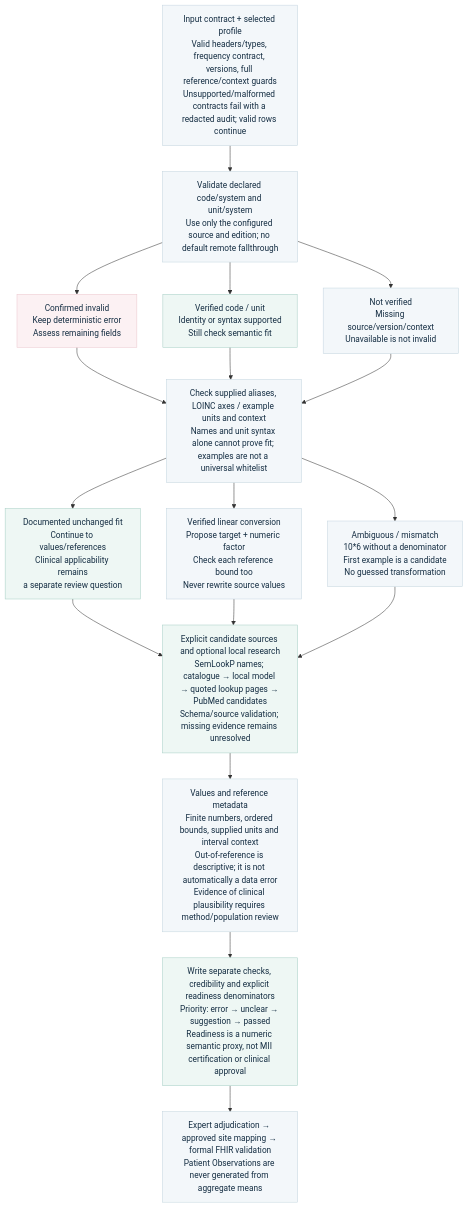
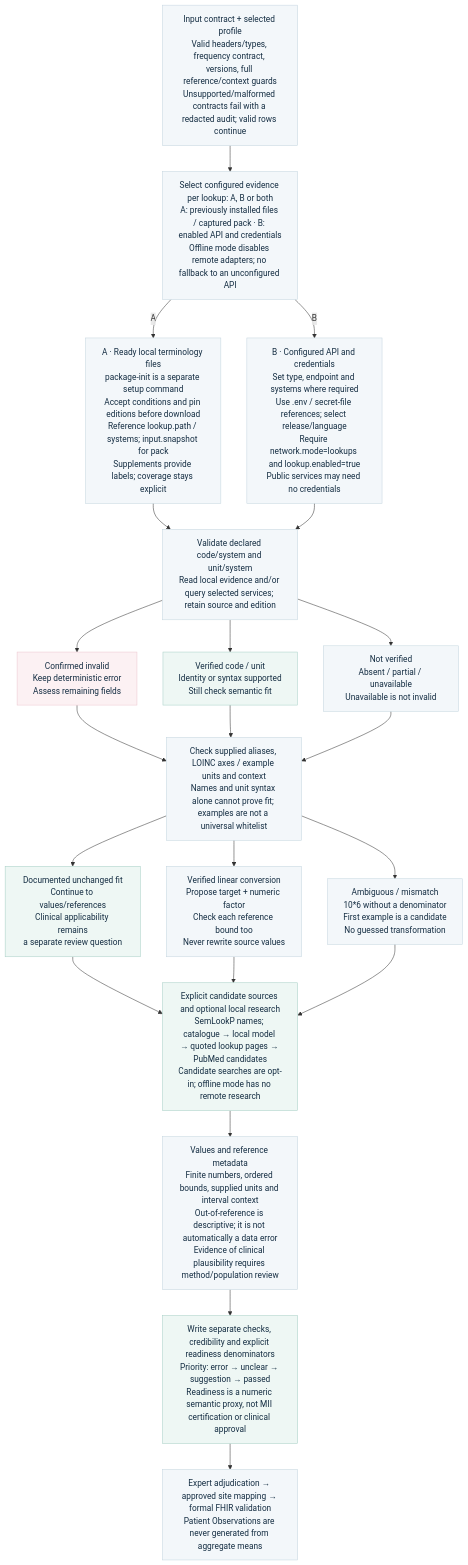
The diagram in docs/decision-flow.mmd (neumdan/semantic-plausibility), drawn with Mermaid before and after one commit. The commit also changed 9 other files, not shown here.

Commit message:
Document local terminology and API routes with retest workflow

```diff
--- a/docs/decision-flow.mmd
+++ b/docs/decision-flow.mmd
@@ -1,37 +1,44 @@
 %% Same node/edge contract as decision-flow.svg.
 flowchart TD
     INPUT["Input contract + selected profile<br/>Valid headers/types, frequency contract, versions, full reference/context guards<br/>Unsupported/malformed contracts fail with a redacted audit; valid rows continue"]
-    LOOKUP["Validate declared code/system and unit/system<br/>Use only the configured source and edition; no default remote fallthrough"]
+    SOURCE["Select configured evidence per lookup: A, B or both<br/>A: previously installed files / captured pack · B: enabled API and credentials<br/>Offline mode disables remote adapters; no fallback to an unconfigured API"]
+    LOCAL["A · Ready local terminology files<br/>package-init is a separate setup command<br/>Accept conditions and pin editions before download<br/>Reference lookup.path / systems; input.snapshot for pack<br/>Supplements provide labels; coverage stays explicit"]
+    API["B · Configured API and credentials<br/>Set type, endpoint and systems where required<br/>Use .env / secret-file references; select release/language<br/>Require network.mode=lookups and lookup.enabled=true<br/>Public services may need no credentials"]
+    LOOKUP["Validate declared code/system and unit/system<br/>Read local evidence and/or query selected services; retain source and edition"]
     INVALID["Confirmed invalid<br/>Keep deterministic error<br/>Assess remaining fields"]
     KNOWN["Verified code / unit<br/>Identity or syntax supported<br/>Still check semantic fit"]
-    UNKNOWN["Not verified<br/>Missing source/version/context<br/>Unavailable is not invalid"]
+    UNKNOWN["Not verified<br/>Absent / partial / unavailable<br/>Unavailable is not invalid"]
     FIT["Check supplied aliases, LOINC axes / example units and context<br/>Names and unit syntax alone cannot prove fit; examples are not a universal whitelist"]
     MATCH["Documented unchanged fit<br/>Continue to values/references<br/>Clinical applicability remains<br/>a separate review question"]
     CONVERT["Verified linear conversion<br/>Propose target + numeric factor<br/>Check each reference bound too<br/>Never rewrite source values"]
     AMBIG["Ambiguous / mismatch<br/>10*6 without a denominator<br/>First example is a candidate<br/>No guessed transformation"]
-    RESEARCH["Explicit candidate sources and optional local research<br/>SemLookP names; catalogue → local model → quoted lookup pages → PubMed candidates<br/>Schema/source validation; missing evidence remains unresolved"]
+    RESEARCH["Explicit candidate sources and optional local research<br/>SemLookP names; catalogue → local model → quoted lookup pages → PubMed candidates<br/>Candidate searches are opt-in; offline mode has no remote research"]
     NUMERIC["Values and reference metadata<br/>Finite numbers, ordered bounds, supplied units and interval context<br/>Out-of-reference is descriptive; it is not automatically a data error<br/>Evidence of clinical plausibility requires method/population review"]
     OUTPUT["Write separate checks, credibility and explicit readiness denominators<br/>Priority: error → unclear → suggestion → passed<br/>Readiness is a numeric semantic proxy, not MII certification or clinical approval"]
     REVIEW["Expert adjudication → approved site mapping → formal FHIR validation<br/>Patient Observations are never generated from aggregate means"]
-    INPUT --> LOOKUP
+    INPUT --> SOURCE
+    SOURCE --> |"A"| LOCAL
+    SOURCE --> |"B"| API
+    LOCAL --> LOOKUP
+    API --> LOOKUP
     LOOKUP --> INVALID
     LOOKUP --> KNOWN
     LOOKUP --> UNKNOWN
     INVALID --> FIT
     KNOWN --> FIT
     UNKNOWN --> FIT
     FIT --> MATCH
     FIT --> CONVERT
     FIT --> AMBIG
     MATCH --> RESEARCH
     CONVERT --> RESEARCH
     AMBIG --> RESEARCH
     RESEARCH --> NUMERIC
     NUMERIC --> OUTPUT
     OUTPUT --> REVIEW
     classDef normal fill:#f3f7fa,stroke:#c4d5df,color:#142d42
-    class INPUT,LOOKUP,UNKNOWN,FIT,CONVERT,AMBIG,NUMERIC,REVIEW normal
+    class INPUT,SOURCE,LOCAL,API,LOOKUP,UNKNOWN,FIT,CONVERT,AMBIG,NUMERIC,REVIEW normal
     classDef teal fill:#eef7f4,stroke:#a8cfc6,color:#142d42
     class KNOWN,MATCH,RESEARCH,OUTPUT teal
     classDef error fill:#fcf1f3,stroke:#ecc7cf,color:#142d42
     class INVALID error
```
